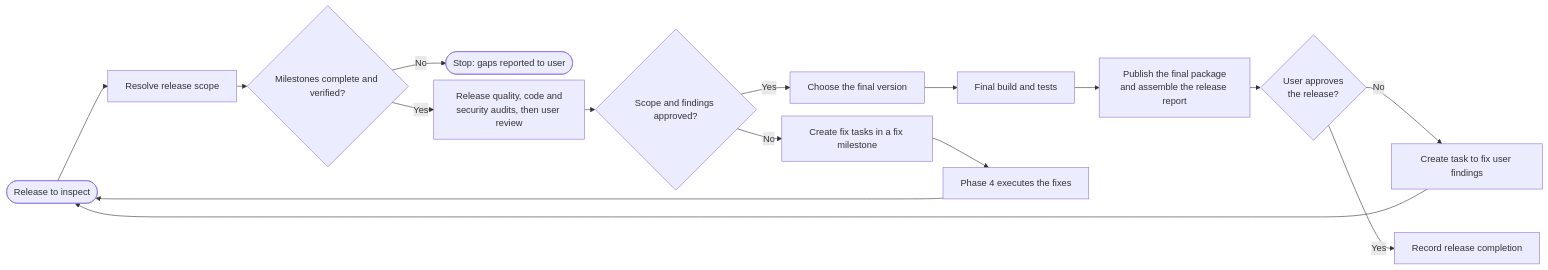
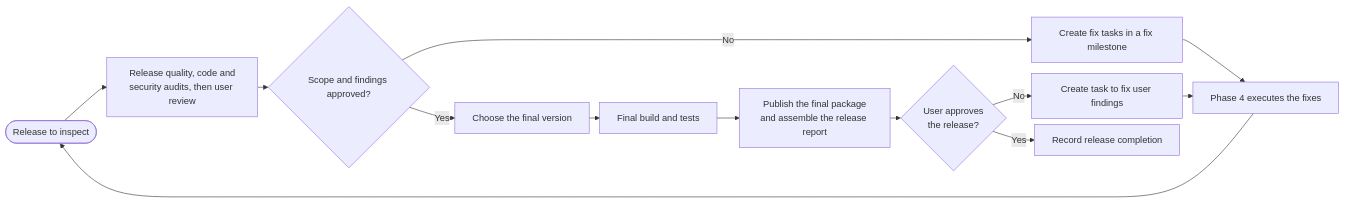
Before and after one commit to lyndametref/opencode-dev-workflow: the diagram in workflows/orchestrator/6-Release.md, drawn with Mermaid. The commit also changed other lines of this file and 1 other file, not shown here.

````diff
--- a/workflows/orchestrator/6-Release.md
+++ b/workflows/orchestrator/6-Release.md
@@ -29,19 +29,16 @@
 ```mermaid
 %%{init: {"flowchart": {"nodeSpacing": 10, "rankSpacing": 18}}}%%
 flowchart LR
-    IN([Release to inspect]) --> SCOPE["Resolve release scope"]
-    SCOPE --> COMPLETE{"Milestones complete and verified?"}
-    COMPLETE -->|"No"| STOP(["Stop: gaps reported to user"])
-    COMPLETE -->|"Yes"| SEC["Release quality, code and<br/>security audits, then user review"]
+    IN([Release to inspect]) --> SEC["Release quality, code and<br/>security audits, then user review"]
     SEC --> OK{"Scope and findings approved?"}
     OK -->|"No"| FIX["Create fix tasks in a fix milestone"]
     OK -->|"Yes"| VERSION["Choose the final version"]
     VERSION --> BUILD["Final build and tests"]
     FIX --> IMPL["Phase 4 executes the fixes"]
     IMPL --> IN
     BUILD --> PKG["Publish the final package<br/>and assemble the release report"]
     PKG --> APPROVE{"User approves<br/>the release?"}
     APPROVE -->|"No"| RETURN["Create task to fix user findings"]
-    RETURN --> IN
+    RETURN --> IMPL
     APPROVE -->|"Yes"| CLOSE["Record release completion"]
 ```
````
